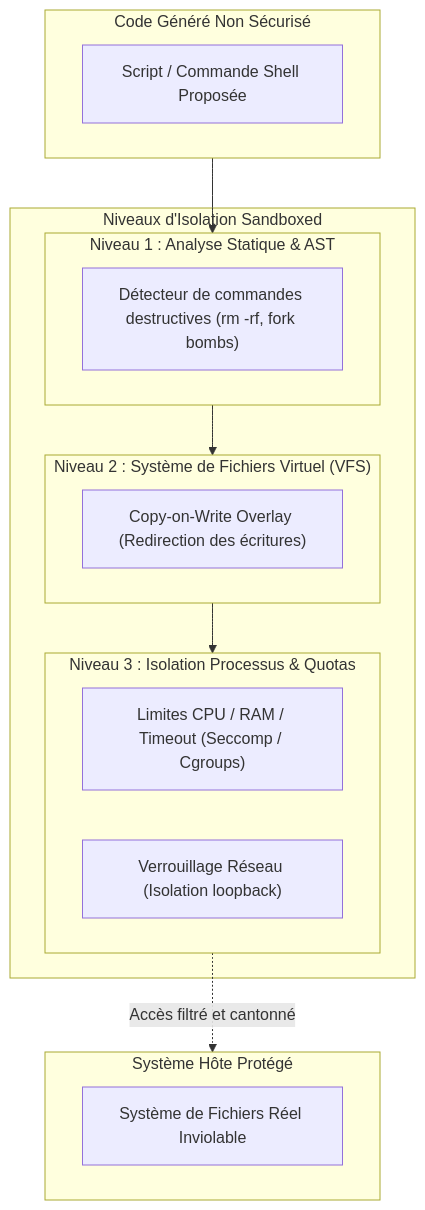
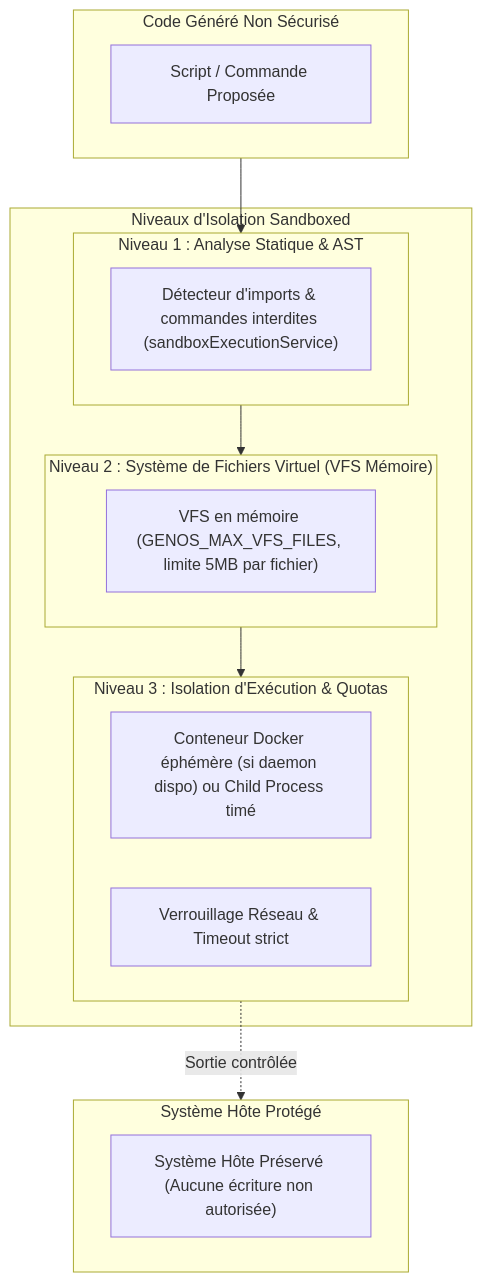
The second of 3 diagrams in docs/SANDBOX_EXECUTION_CODE.md (PISSARAW/GenOS), drawn with Mermaid before and after one commit. The commit also changed other lines of this file and 5 other files, not shown here.

Commit message:
[EVOLUTION] Point 4: Durcissement des tool leases et alignement de la sandbox et securite

````diff
--- a/docs/SANDBOX_EXECUTION_CODE.md
+++ b/docs/SANDBOX_EXECUTION_CODE.md
@@ -251,28 +251,28 @@
 ```mermaid
 flowchart TB
     subgraph UntrustedCode["Code Généré Non Sécurisé"]
-        Script["Script / Commande Shell Proposée"]
+        Script["Script / Commande Proposée"]
     end
 
     subgraph IsolationLayer["Niveaux d'Isolation Sandboxed"]
         subgraph Level1["Niveau 1 : Analyse Statique & AST"]
-            ASTChecker["Détecteur de commandes destructives (rm -rf, fork bombs)"]
+            ASTChecker["Détecteur d'imports & commandes interdites (sandboxExecutionService)"]
         end
-        subgraph Level2["Niveau 2 : Système de Fichiers Virtuel (VFS)"]
-            CoWFS["Copy-on-Write Overlay (Redirection des écritures)"]
+        subgraph Level2["Niveau 2 : Système de Fichiers Virtuel (VFS Mémoire)"]
+            MemVFS["VFS en mémoire (GENOS_MAX_VFS_FILES, limite 5MB par fichier)"]
         end
-        subgraph Level3["Niveau 3 : Isolation Processus & Quotas"]
-            Cgroups["Limites CPU / RAM / Timeout (Seccomp / Cgroups)"]
-            NetLock["Verrouillage Réseau (Isolation loopback)"]
+        subgraph Level3["Niveau 3 : Isolation d'Exécution & Quotas"]
+            DockerBox["Conteneur Docker éphémère (si daemon dispo) ou Child Process timé"]
+            NetLock["Verrouillage Réseau & Timeout strict"]
         end
     end
 
     subgraph SafeHost["Système Hôte Protégé"]
-        RealFS["Système de Fichiers Réel Inviolable"]
+        RealFS["Système Hôte Préservé (Aucune écriture non autorisée)"]
     end
 
     UntrustedCode --> Level1
     Level1 --> Level2
     Level2 --> Level3
-    Level3 -.->|Accès filtré et cantonné| SafeHost
+    Level3 -.->|Sortie contrôlée| SafeHost
 ```
````
